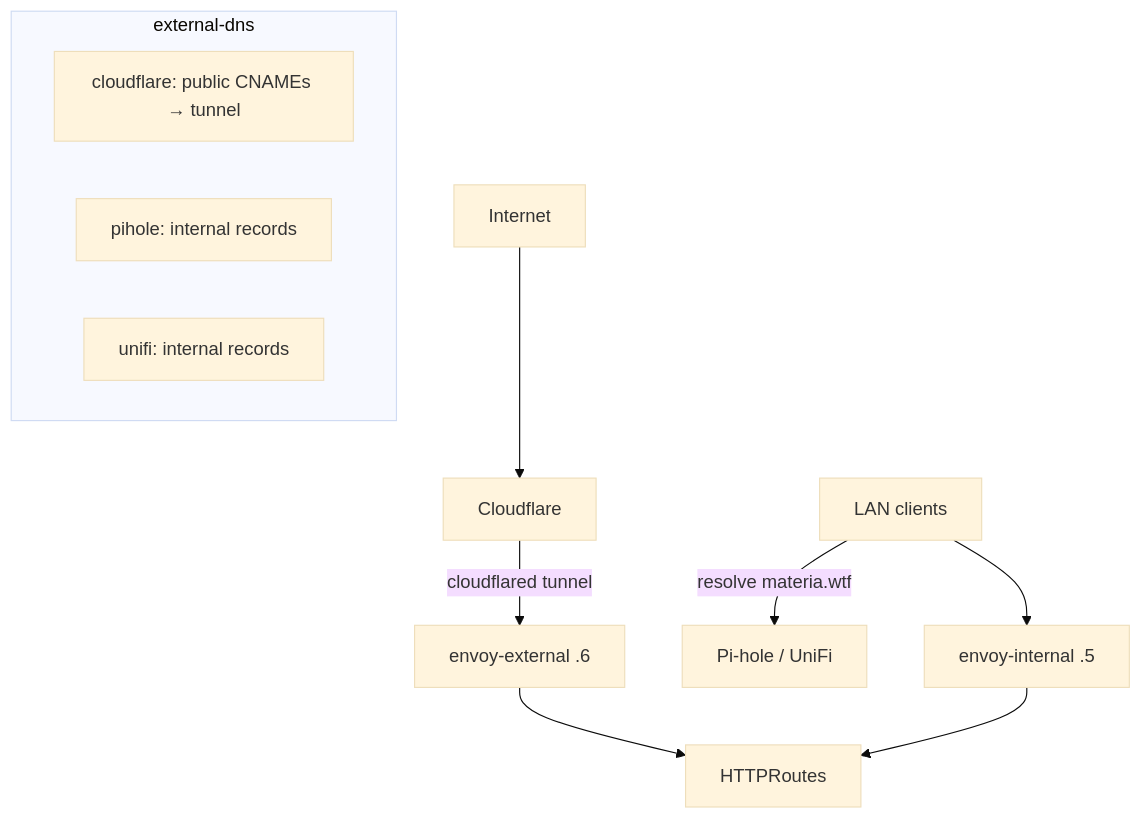
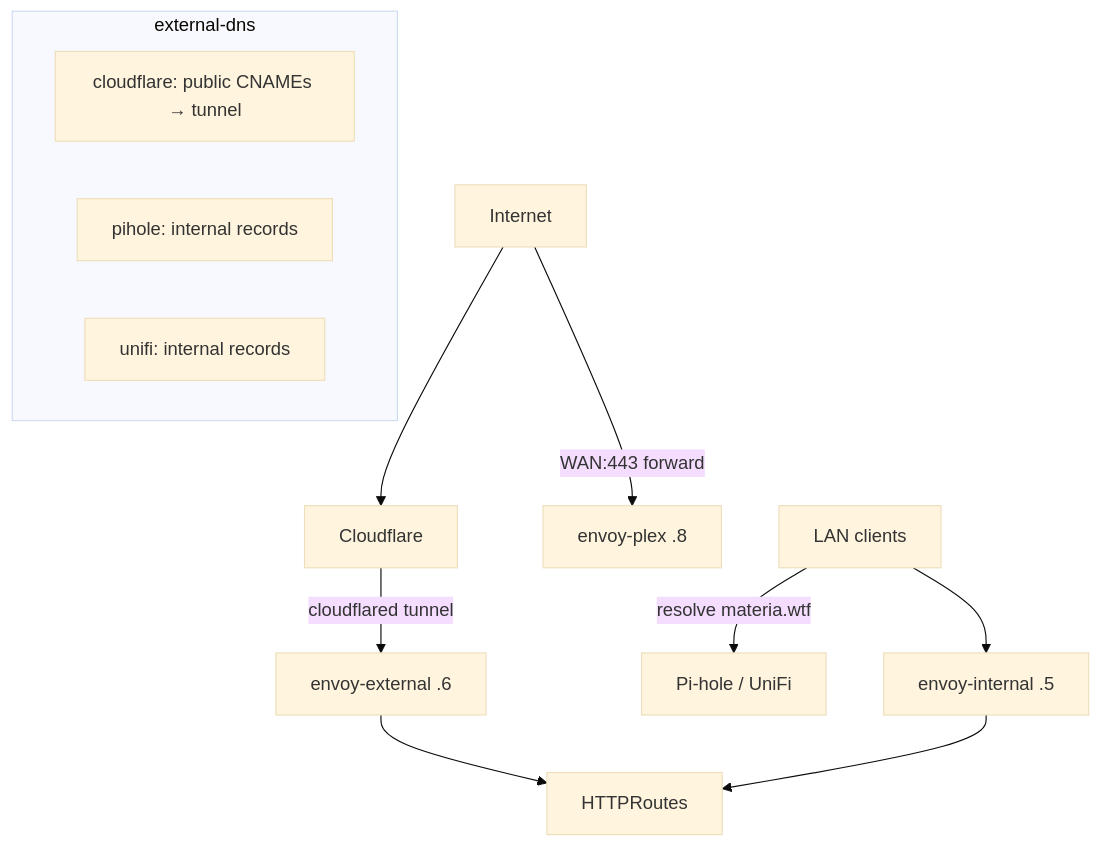
One commit to materia-ops/home-ops changed the second of 3 diagrams in docs/architecture.md. Above: the diagram before and after it, drawn with Mermaid (base theme). The commit also changed other lines of this file and 3 other files, not shown here.

First line of the commit message:
feat(envoy): give Plex its own WAN-facing gateway (#2270)

````diff
--- a/docs/architecture.md
+++ b/docs/architecture.md
@@ -134,14 +135,15 @@
 ```mermaid
 flowchart TD
     inet[Internet] --> cf[Cloudflare]
     cf -->|cloudflared tunnel| ext[envoy-external .6]
+    inet -->|WAN:443 forward| plex[envoy-plex .8]
     lan[LAN clients] -->|resolve materia.wtf| ph[Pi-hole / UniFi]
     lan --> int[envoy-internal .5]
     ext --> apps[HTTPRoutes]
     int --> apps
     subgraph external-dns
         edcf["cloudflare: public CNAMEs → tunnel"]
         edpi["pihole: internal records"]
         eduni["unifi: internal records"]
     end
 ```
````
